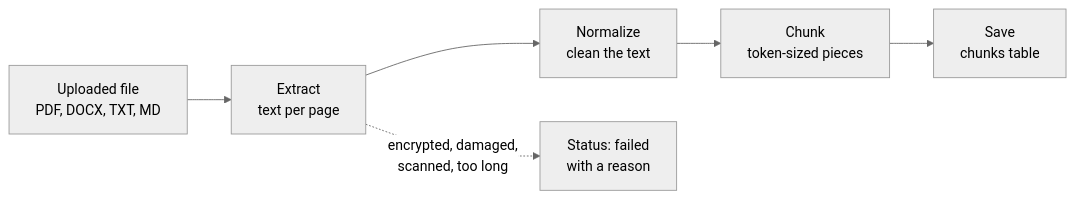
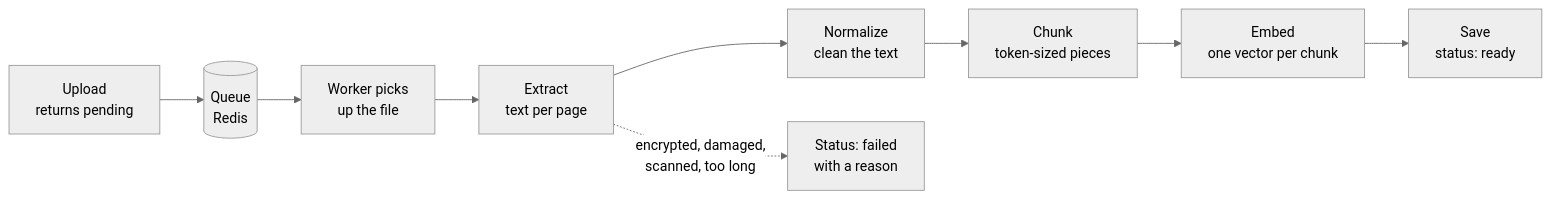
The diagram in docs/ingestion.md (S8r2j/rag-with-evals), drawn with Mermaid (neutral theme) before and after one commit. The commit also changed other lines of this file and 4 other files, not shown here.

````diff
--- a/docs/ingestion.md
+++ b/docs/ingestion.md
@@ -5,8 +5,11 @@
 ```mermaid
 flowchart LR
-    A[Uploaded file<br/>PDF, DOCX, TXT, MD] --> B[Extract<br/>text per page]
+    U[Upload<br/>returns pending] --> Q[(Queue<br/>Redis)]
+    Q --> A[Worker picks<br/>up the file]
+    A --> B[Extract<br/>text per page]
     B --> C[Normalize<br/>clean the text]
     C --> D[Chunk<br/>token-sized pieces]
-    D --> E[Save<br/>chunks table]
+    D --> V[Embed<br/>one vector per chunk]
+    V --> E[Save<br/>status: ready]
     B -. encrypted, damaged,<br/>scanned, too long .-> F[Status: failed<br/>with a reason]
 ```
````
